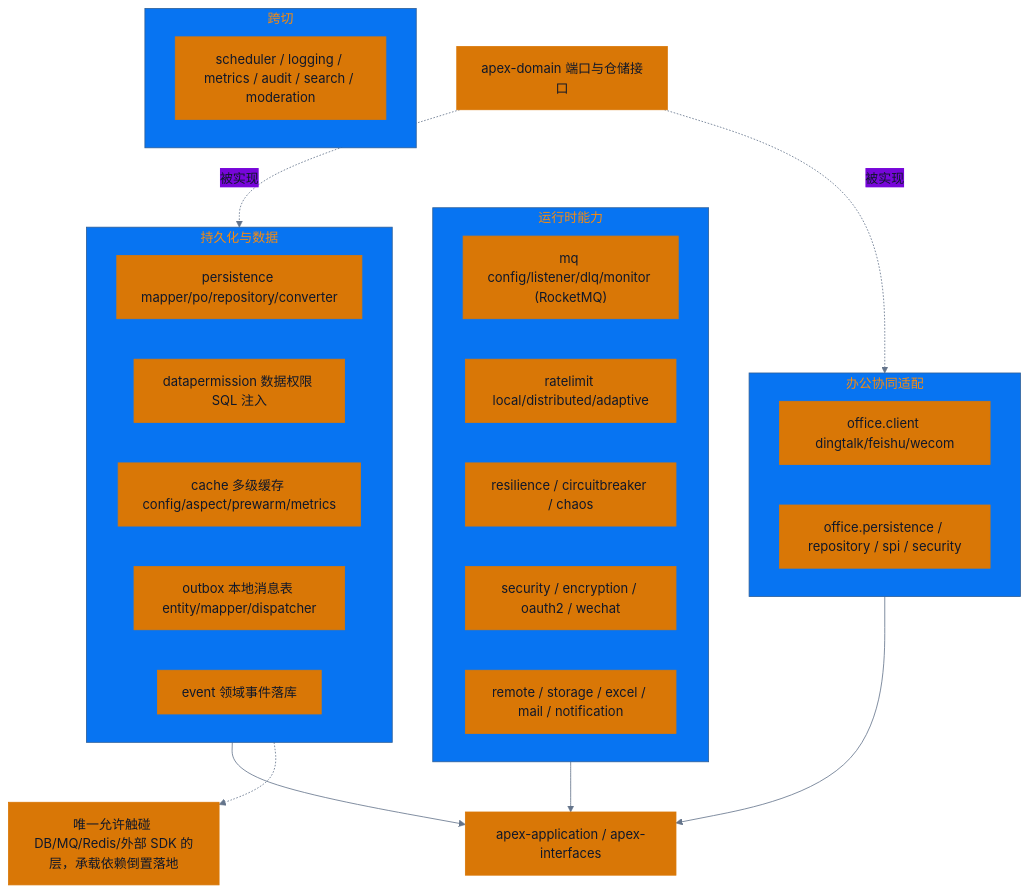
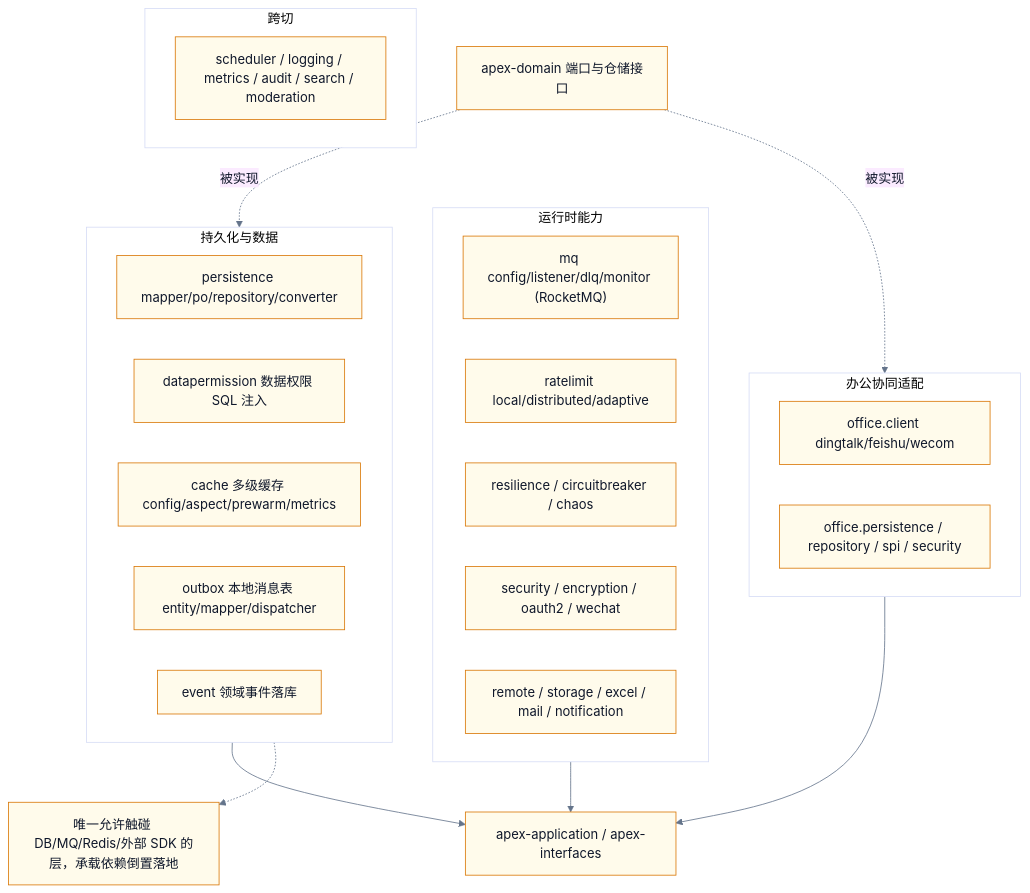
The diagram in docs/diagrams/100_module_infrastructure_structure.mmd (apex-cloud-service/apex-scaffold), drawn with Mermaid before and after one commit. The commit also changed 507 other files, not shown here.

```diff
--- a/docs/diagrams/100_module_infrastructure_structure.mmd
+++ b/docs/diagrams/100_module_infrastructure_structure.mmd
@@ -1,38 +1,38 @@
-%%{init: {'theme':'base', 'themeVariables': {'primaryColor':'#d97706','primaryTextColor':'#0f172a','primaryBorderColor':'#d97706','lineColor':'#64748b','fontFamily':'sans-serif'}}}%%
+%%{init: {'theme':'base', 'themeVariables': {'primaryColor':'#fffbeb','primaryTextColor':'#0f172a','primaryBorderColor':'#d97706','lineColor':'#64748b','fontFamily':'sans-serif'}}}%%
 flowchart TB
   subgraph Persist["持久化与数据"]
     P1["persistence mapper/po/repository/converter"]
     P2["datapermission 数据权限 SQL 注入"]
     P3["cache 多级缓存 config/aspect/prewarm/metrics"]
     P4["outbox 本地消息表 entity/mapper/dispatcher"]
     P5["event 领域事件落库"]
   end
 
   subgraph Runtime["运行时能力"]
     R1["mq config/listener/dlq/monitor (RocketMQ)"]
     R2["ratelimit local/distributed/adaptive"]
     R3["resilience / circuitbreaker / chaos"]
     R4["security / encryption / oauth2 / wechat"]
     R5["remote / storage / excel / mail / notification"]
   end
 
   subgraph Office["办公协同适配"]
     O1["office.client dingtalk/feishu/wecom"]
     O2["office.persistence / repository / spi / security"]
   end
 
   subgraph Cross["跨切"]
     X1["scheduler / logging / metrics / audit / search / moderation"]
   end
 
   DOMAIN["apex-domain 端口与仓储接口"]
   APP["apex-application / apex-interfaces"]
 
   DOMAIN -. "被实现" .-> Persist
   DOMAIN -. "被实现" .-> Office
   Persist --> APP
   Runtime --> APP
   Office --> APP
 
   NOTE["唯一允许触碰 DB/MQ/Redis/外部 SDK 的层，承载依赖倒置落地"]
   Persist -.-> NOTE
```
